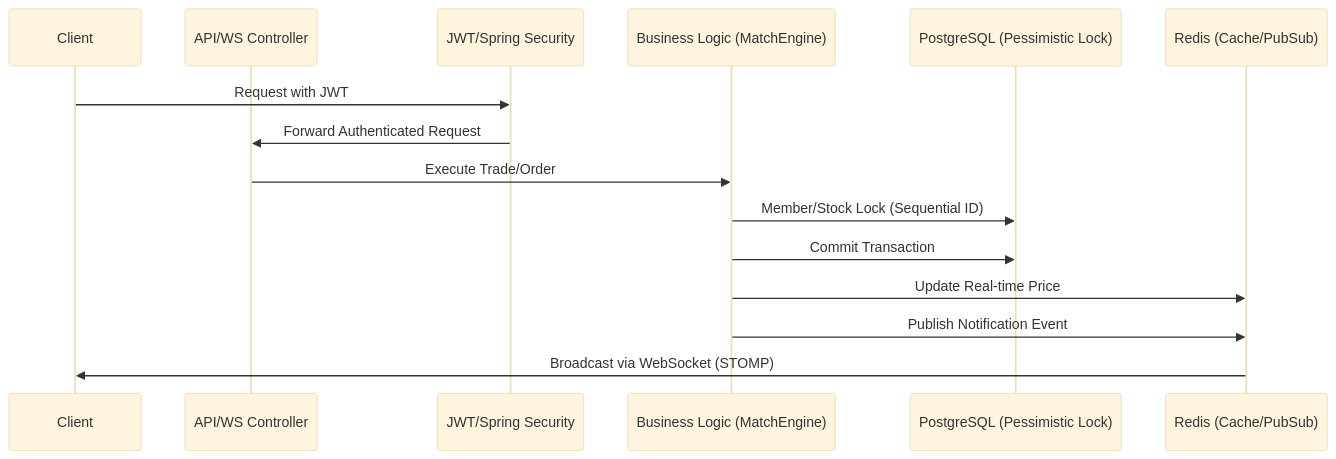
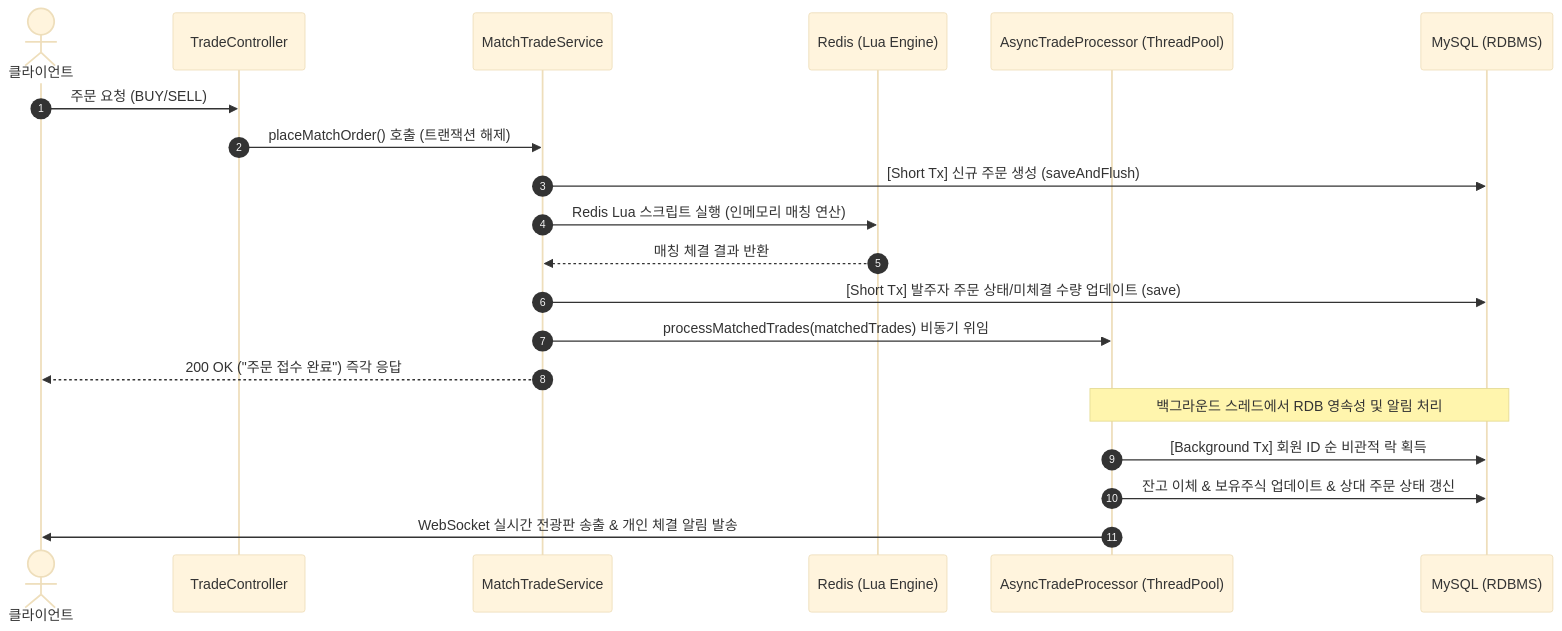
One commit to theburiburi/StockSimulator changed the first of 2 diagrams in README.md. Above: the diagram before and after it, drawn with Mermaid (base theme). The commit also changed other lines of this file and 21 other files, not shown here.

Commit message:
refactor: Migrate database from PostgreSQL to MySQL and implement high-concurrency order matching engine

````diff
--- a/README.md
+++ b/README.md
@@ -19,18 +18,24 @@
 ```mermaid
 sequenceDiagram
-    participant Client
-    participant Controller as API/WS Controller
-    participant Security as JWT/Spring Security
-    participant Service as Business Logic (MatchEngine)
-    participant DB as PostgreSQL (Pessimistic Lock)
-    participant Redis as Redis (Cache/PubSub)
+    autonumber
+    actor User as 클라이언트
+    participant Controller as TradeController
+    participant MatchService as MatchTradeService
+    participant Redis as Redis (Lua Engine)
+    participant Processor as AsyncTradeProcessor (ThreadPool)
+    participant DB as MySQL (RDBMS)
 
-    Client->>Security: Request with JWT
-    Security->>Controller: Forward Authenticated Request
-    Controller->>Service: Execute Trade/Order
-    Service->>DB: Member/Stock Lock (Sequential ID)
-    Service->>DB: Commit Transaction
-    Service->>Redis: Update Real-time Price
-    Service->>Redis: Publish Notification Event
-    Redis->>Client: Broadcast via WebSocket (STOMP)
+    User->>Controller: 주문 요청 (BUY/SELL)
+    Controller->>MatchService: placeMatchOrder() 호출 (트랜잭션 해제)
+    MatchService->>DB: [Short Tx] 신규 주문 생성 (saveAndFlush)
+    MatchService->>Redis: Redis Lua 스크립트 실행 (인메모리 매칭 연산)
+    Redis-->>MatchService: 매칭 체결 결과 반환
+    MatchService->>DB: [Short Tx] 발주자 주문 상태/미체결 수량 업데이트 (save)
+    MatchService->>Processor: processMatchedTrades(matchedTrades) 비동기 위임
+    MatchService-->>User: 200 OK ("주문 접수 완료") 즉각 응답
+    
+    note over Processor, DB: 백그라운드 스레드에서 RDB 영속성 및 알림 처리
+    Processor->>DB: [Background Tx] 회원 ID 순 비관적 락 획득
+    Processor->>DB: 잔고 이체 & 보유주식 업데이트 & 상대 주문 상태 갱신
+    Processor->>User: WebSocket 실시간 전광판 송출 & 개인 체결 알림 발송
 ```
````
